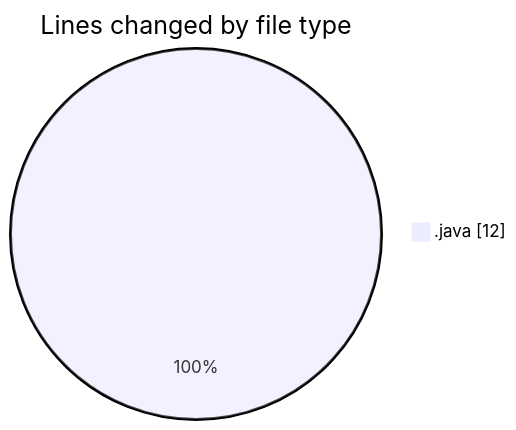
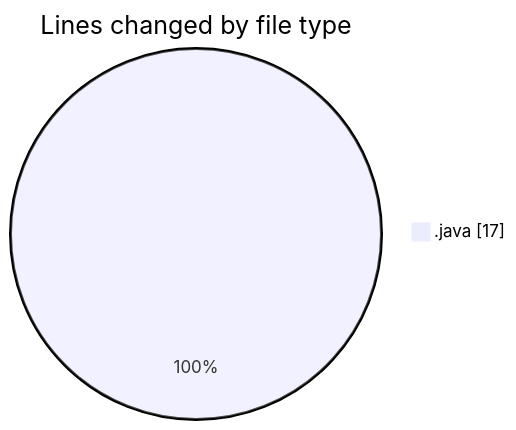
The first of 2 diagrams in 2025-05-27/minisocialnetwork/README.md (NitaiMahat/code-tracking), drawn with Mermaid before and after one commit. The commit also changed other lines of this file and 1 other file, not shown here.

````diff
--- a/2025-05-27/minisocialnetwork/README.md
+++ b/2025-05-27/minisocialnetwork/README.md
@@ -22,5 +23,5 @@
 ```mermaid
 pie showData
 title Lines changed by file type
-".java" : 12
+".java" : 17
 ```
````
